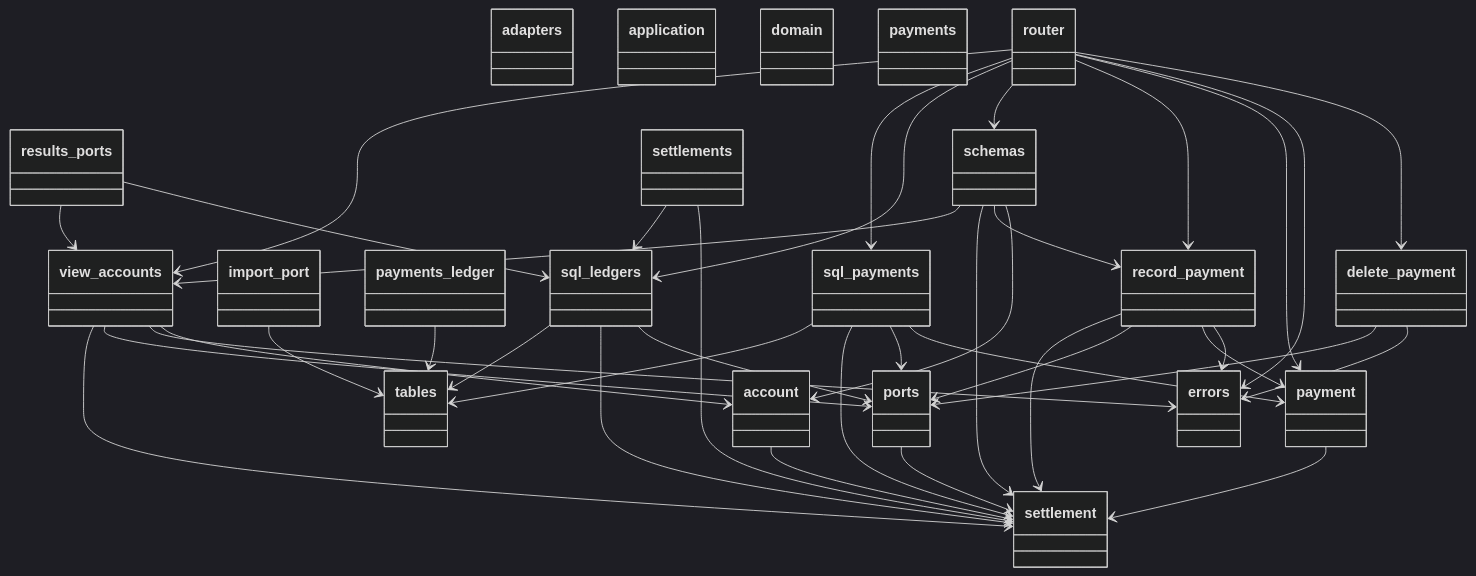
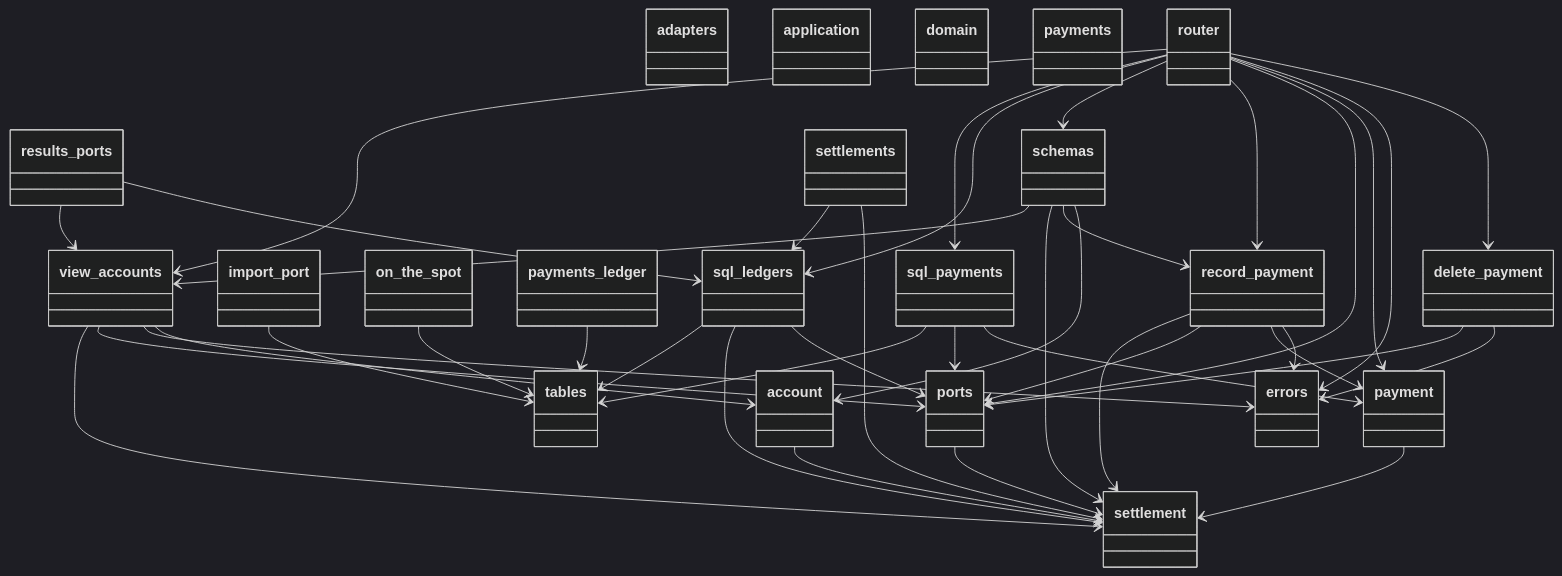
Before and after one commit to GonzaloZevallos/apostrophe: the first of 4 diagrams in docs/architecture/generated/classes/payments.md, drawn with Mermaid (dark theme). The commit also changed other lines of this file and 9 other files, not shown here.

Commit message:
Docs: regenerate the API and architecture pages; tests for import, contract shapes and payments on method ids

```diff
--- a/docs/architecture/generated/classes/payments.md
+++ b/docs/architecture/generated/classes/payments.md
@@ -19,6 +19,8 @@
   class errors {
   }
   class import_port {
+  }
+  class on_the_spot {
   }
   class payment {
   }
@@ -52,6 +54,7 @@
   delete_payment --> errors
   delete_payment --> ports
   import_port --> tables
+  on_the_spot --> tables
   payment --> settlement
   payments_ledger --> tables
   ports --> settlement
@@ -64,6 +67,7 @@
   router --> delete_payment
   router --> errors
   router --> payment
+  router --> ports
   router --> record_payment
   router --> schemas
   router --> sql_ledgers
@@ -80,7 +84,6 @@
   sql_ledgers --> tables
   sql_payments --> payment
   sql_payments --> ports
-  sql_payments --> settlement
   sql_payments --> tables
   view_accounts --> account
   view_accounts --> errors
```
